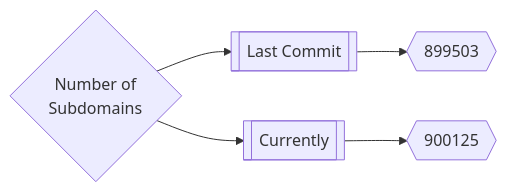
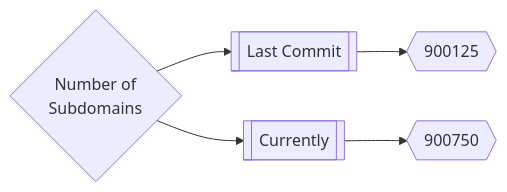
One commit to trickest/inventory changed the first of 3 diagrams in README.md. Above: the diagram before and after it, drawn with Mermaid. The commit also changed other lines of this file, not shown here.

Commit message:
Update README.md Fri Jul  8 21:48:34 UTC 2022

````diff
--- a/README.md
+++ b/README.md
@@ -167,5 +167,5 @@
 ```mermaid
 graph LR
-title{Number of<br>Subdomains} --> subdomainsDate1[[Last Commit]] --> subdomainsNum1{{899503}}
-title --> subdomainsDate2[[Currently]] --> subdomainsNum2{{900125}}
+title{Number of<br>Subdomains} --> subdomainsDate1[[Last Commit]] --> subdomainsNum1{{900125}}
+title --> subdomainsDate2[[Currently]] --> subdomainsNum2{{900750}}
 ```
````
